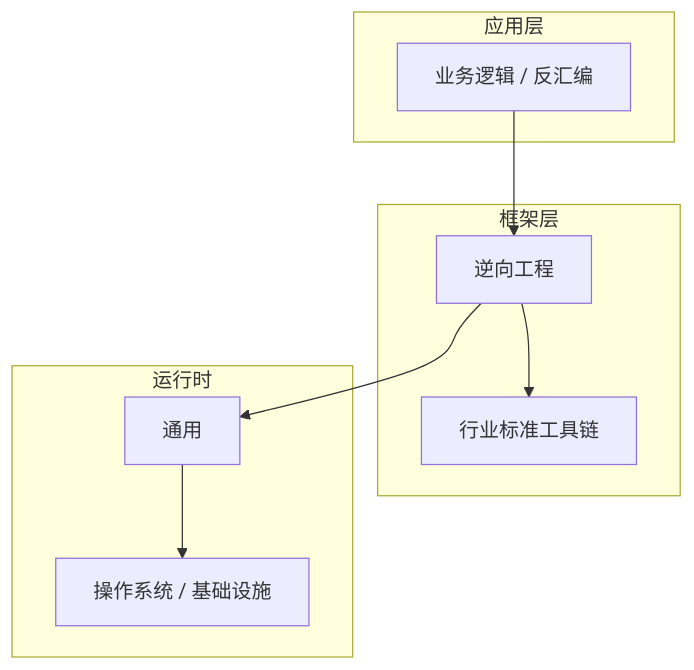
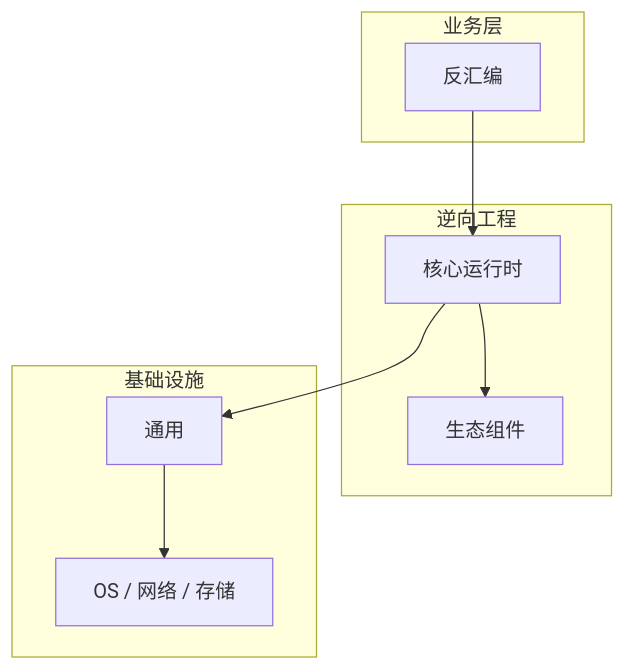
One commit to yanggan2015/knowledge-json-v2 changed the diagram in articles/逆向工程/chapters/031-反汇编核心概念与原理.md. Above: the diagram before and after it, drawn with Mermaid. The commit also changed other lines of this file and 10127 other files, not shown here.

````diff
--- a/articles/逆向工程/chapters/031-反汇编核心概念与原理.md
+++ b/articles/逆向工程/chapters/031-反汇编核心概念与原理.md
@@ -46,18 +31,18 @@
 ```mermaid
 graph TB
-    subgraph 应用层
-        A[业务逻辑 / 反汇编]
+    subgraph 业务层
+        A[反汇编]
     end
-    subgraph 框架层
-        B[逆向工程]
-        C[行业标准工具链]
+    subgraph 逆向工程
+        B[核心运行时]
+        C[生态组件]
     end
-    subgraph 运行时
+    subgraph 基础设施
         D[通用]
-        E[操作系统 / 基础设施]
+        E[OS / 网络 / 存储]
     end
     A --> B
     B --> C
     B --> D
     D --> E
 ```
````
